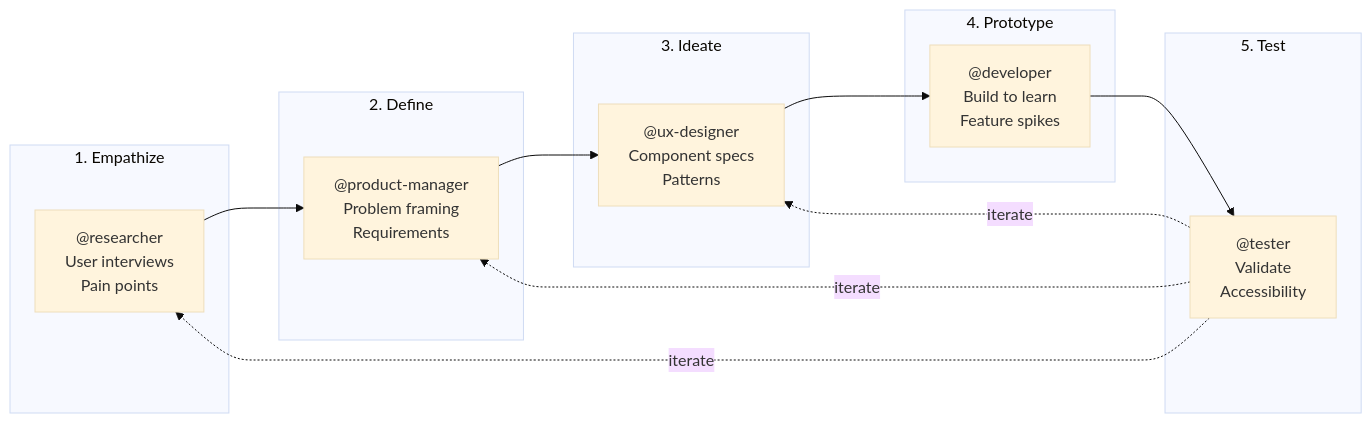
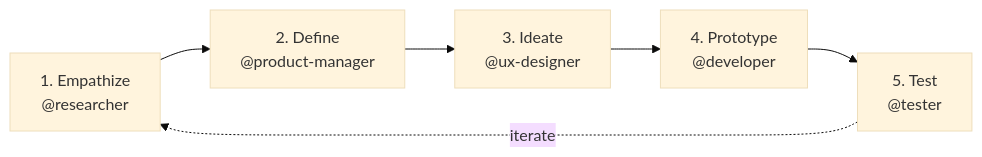
Before and after one commit to shyamsridhar123/ATV-AgentSkillsDemo: the eighth of 9 diagrams in docs/SYSTEM-FLOW.md, drawn with Mermaid (base theme). The commit also changed other lines of this file and 2 other files, not shown here.

Commit message:
beth-7bo: Simplify all architecture mermaid diagrams in README.md and SYSTEM-FLOW.md

````diff
--- a/docs/SYSTEM-FLOW.md
+++ b/docs/SYSTEM-FLOW.md
@@ -325,27 +140,5 @@
 ```mermaid
 flowchart LR
-    subgraph Empathize["1. Empathize"]
-        E["@researcher<br/>User interviews<br/>Pain points"]
-    end
-
-    subgraph Define["2. Define"]
-        D["@product-manager<br/>Problem framing<br/>Requirements"]
-    end
-
-    subgraph Ideate["3. Ideate"]
-        I["@ux-designer<br/>Component specs<br/>Patterns"]
-    end
-
-    subgraph Prototype["4. Prototype"]
-        P["@developer<br/>Build to learn<br/>Feature spikes"]
-    end
-
-    subgraph Test["5. Test"]
-        T["@tester<br/>Validate<br/>Accessibility"]
-    end
-
-    E --> D --> I --> P --> T
+    E["1. Empathize<br/>@researcher"] --> D["2. Define<br/>@product-manager"] --> I["3. Ideate<br/>@ux-designer"] --> P["4. Prototype<br/>@developer"] --> T["5. Test<br/>@tester"]
     T -.->|iterate| E
-    T -.->|iterate| D
-    T -.->|iterate| I
 ```
````
